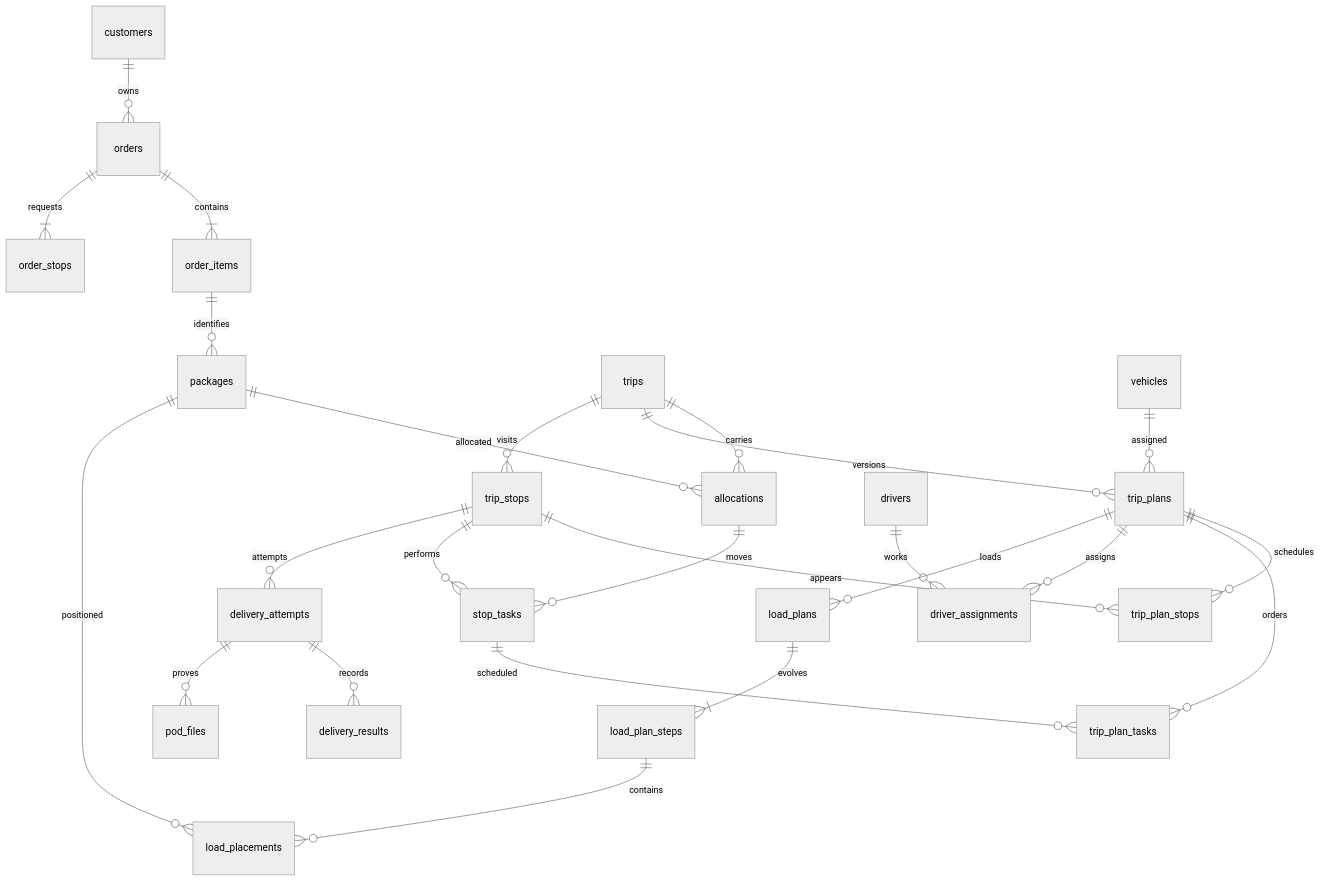
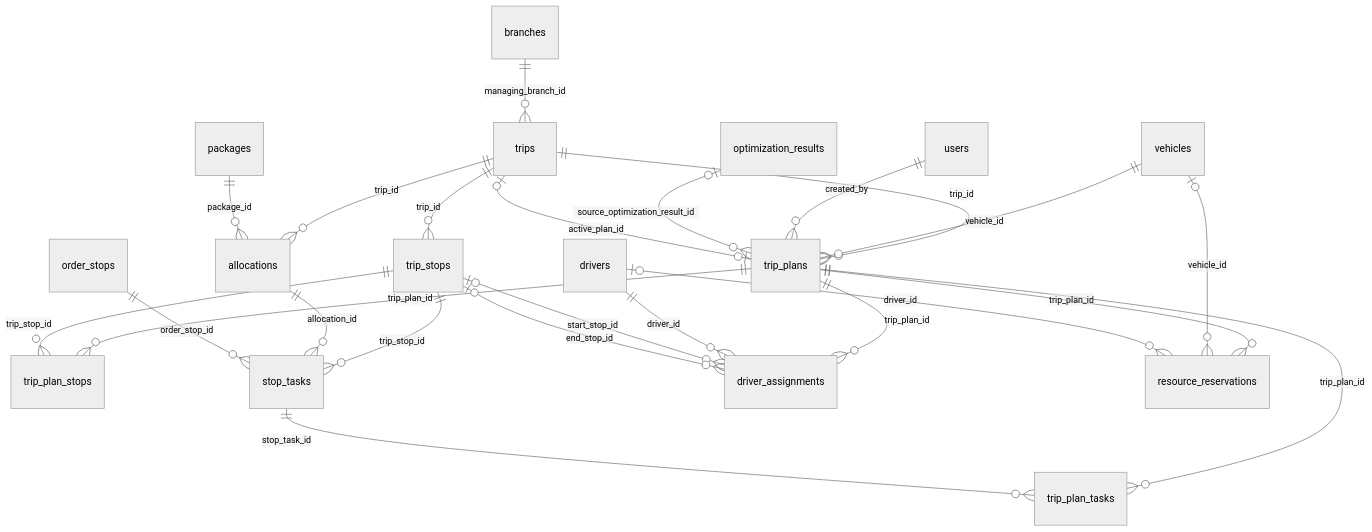
Before and after one commit to Bang334/Project-Logictists: the fourth of 8 diagrams in THIET_KE_DATABASE.md, drawn with Mermaid (neutral theme). The commit also changed other lines of this file and 70 other files, not shown here.

````diff
--- a/THIET_KE_DATABASE.md
+++ b/THIET_KE_DATABASE.md
@@ -193,27 +359,26 @@
 ```mermaid
 erDiagram
-    customers ||--o{ orders : owns
-    orders ||--|{ order_items : contains
-    order_items ||--o{ packages : identifies
-    orders ||--|{ order_stops : requests
-    packages ||--o{ allocations : allocated
-    trips ||--o{ allocations : carries
-    trips ||--o{ trip_plans : versions
-    trips ||--o{ trip_stops : visits
-    trip_plans ||--o{ trip_plan_stops : schedules
-    trip_stops ||--o{ trip_plan_stops : appears
-    trip_stops ||--o{ stop_tasks : performs
-    allocations ||--o{ stop_tasks : moves
-    trip_plans ||--o{ trip_plan_tasks : orders
-    stop_tasks ||--o{ trip_plan_tasks : scheduled
-    vehicles ||--o{ trip_plans : assigned
-    drivers ||--o{ driver_assignments : works
-    trip_plans ||--o{ driver_assignments : assigns
-    trip_plans ||--o{ load_plans : loads
-    load_plans ||--|{ load_plan_steps : evolves
-    load_plan_steps ||--o{ load_placements : contains
-    packages ||--o{ load_placements : positioned
-    trip_stops ||--o{ delivery_attempts : attempts
-    delivery_attempts ||--o{ delivery_results : records
-    delivery_attempts ||--o{ pod_files : proves
+    branches ||--o{ trips : managing_branch_id
+    trips ||--o{ trip_plans : trip_id
+    trip_plans o|--o| trips : active_plan_id
+    vehicles ||--o{ trip_plans : vehicle_id
+    users ||--o{ trip_plans : created_by
+    optimization_results o|--o{ trip_plans : source_optimization_result_id
+    trips ||--o{ trip_stops : trip_id
+    trip_plans ||--o{ trip_plan_stops : trip_plan_id
+    trip_stops ||--o{ trip_plan_stops : trip_stop_id
+    trips ||--o{ allocations : trip_id
+    packages ||--o{ allocations : package_id
+    trip_stops ||--o{ stop_tasks : trip_stop_id
+    allocations ||--o{ stop_tasks : allocation_id
+    order_stops ||--o{ stop_tasks : order_stop_id
+    trip_plans ||--o{ trip_plan_tasks : trip_plan_id
+    stop_tasks ||--o{ trip_plan_tasks : stop_task_id
+    trip_plans ||--o{ driver_assignments : trip_plan_id
+    drivers ||--o{ driver_assignments : driver_id
+    trip_stops o|--o{ driver_assignments : start_stop_id
+    trip_stops o|--o{ driver_assignments : end_stop_id
+    trip_plans ||--o{ resource_reservations : trip_plan_id
+    vehicles o|--o{ resource_reservations : vehicle_id
+    drivers o|--o{ resource_reservations : driver_id
 ```
````
